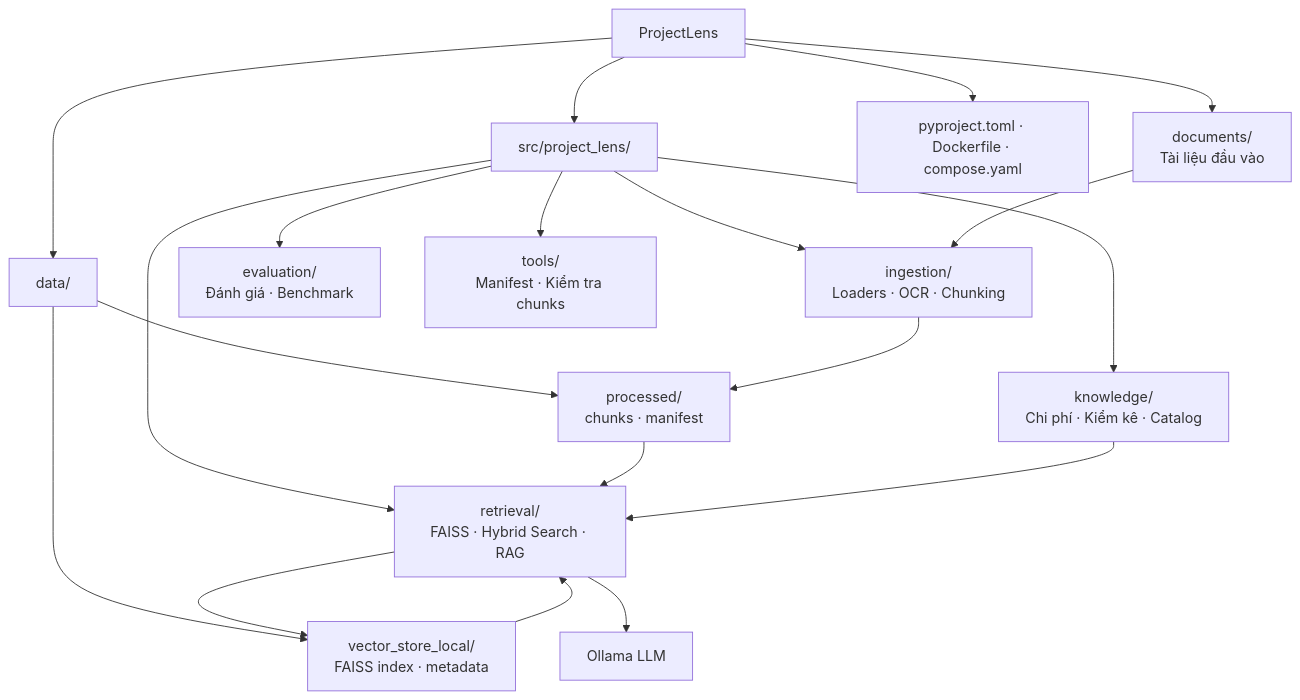
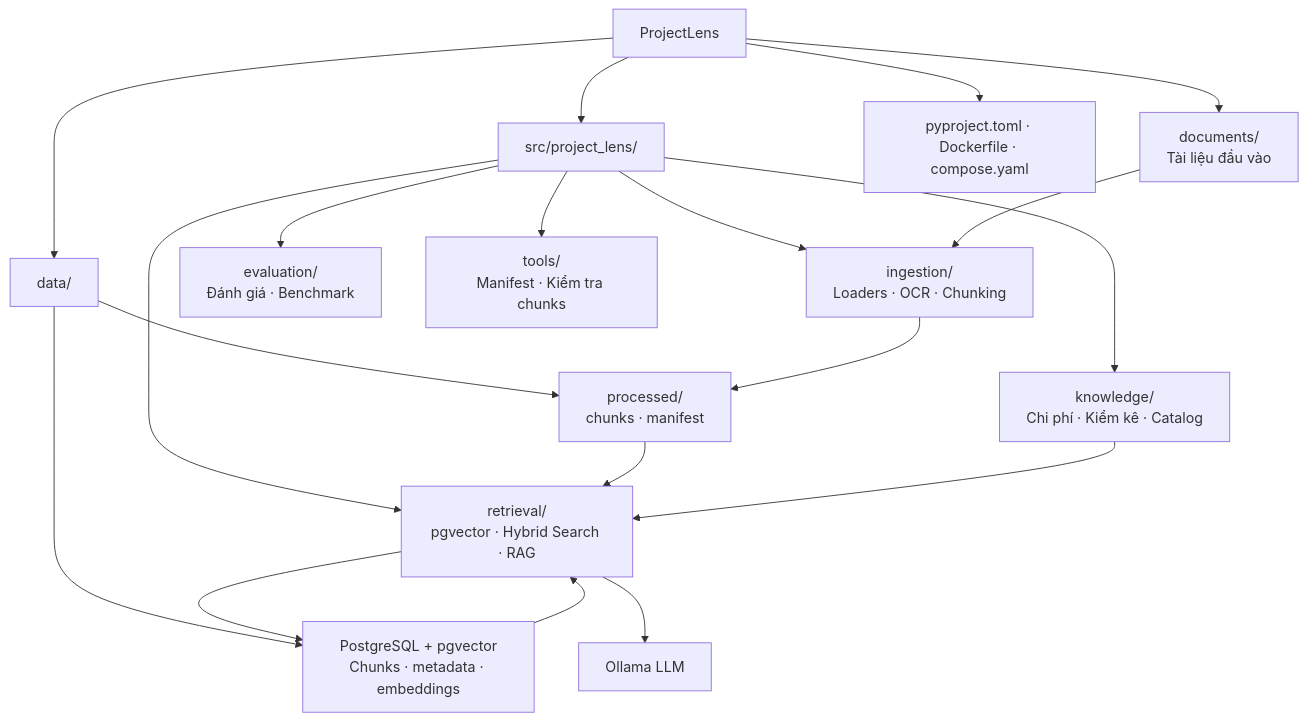
One commit to kennhope13/ProjectLens changed the second of 2 diagrams in README.md. Above: the diagram before and after it, drawn with Mermaid. The commit also changed other lines of this file and 10 other files, not shown here.

Commit message:
Store RAG chunks and embeddings in PostgreSQL

````diff
--- a/README.md
+++ b/README.md
@@ -120,25 +121,25 @@
 ```mermaid
 flowchart TB
     root["ProjectLens"]
     root --> src["src/project_lens/"]
     root --> docs["documents/<br/>Tài liệu đầu vào"]
     root --> data["data/"]
     root --> config["pyproject.toml · Dockerfile · compose.yaml"]
 
     src --> ingestion["ingestion/<br/>Loaders · OCR · Chunking"]
-    src --> retrieval["retrieval/<br/>FAISS · Hybrid Search · RAG"]
+    src --> retrieval["retrieval/<br/>pgvector · Hybrid Search · RAG"]
     src --> knowledge["knowledge/<br/>Chi phí · Kiểm kê · Catalog"]
     src --> evaluation["evaluation/<br/>Đánh giá · Benchmark"]
     src --> tools["tools/<br/>Manifest · Kiểm tra chunks"]
 
     data --> processed["processed/<br/>chunks · manifest"]
-    data --> vector["vector_store_local/<br/>FAISS index · metadata"]
+    data --> postgres["PostgreSQL + pgvector<br/>Chunks · metadata · embeddings"]
 
     docs --> ingestion
     ingestion --> processed
     processed --> retrieval
-    retrieval --> vector
-    vector --> retrieval
+    retrieval --> postgres
+    postgres --> retrieval
     knowledge --> retrieval
     retrieval --> ollama["Ollama LLM"]
 ```
````
